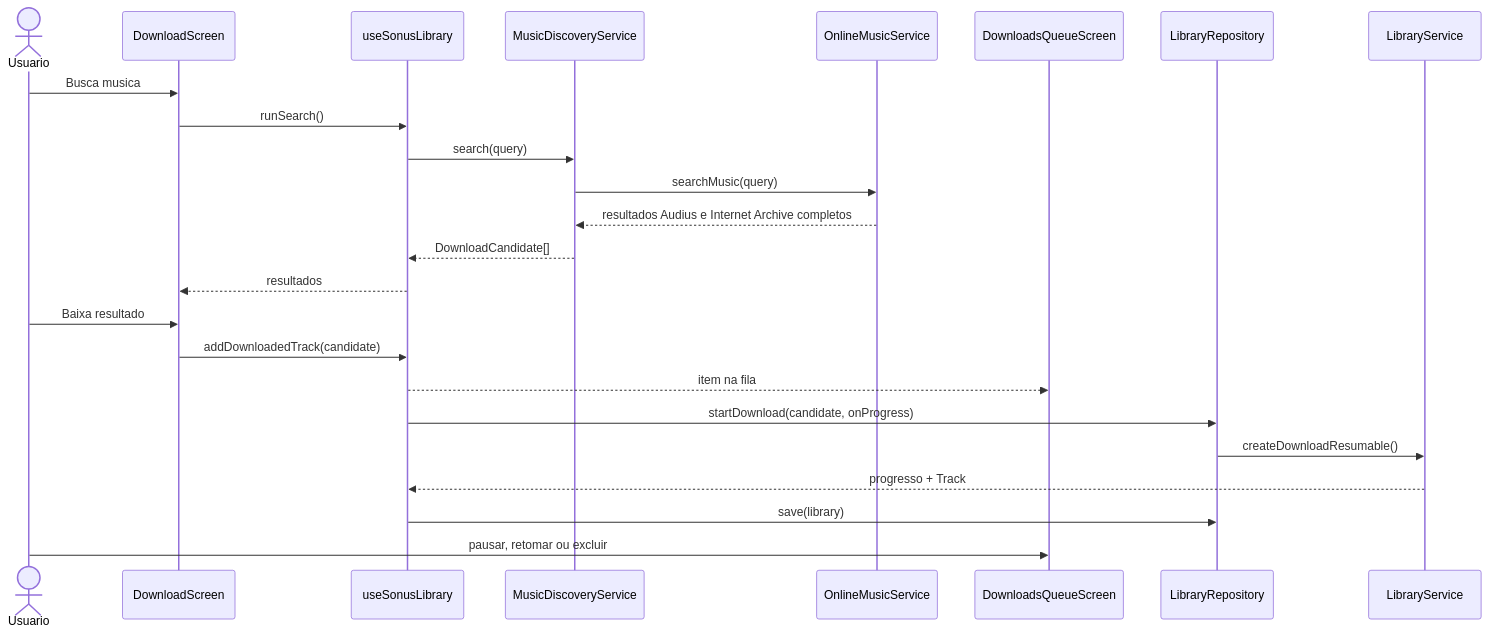
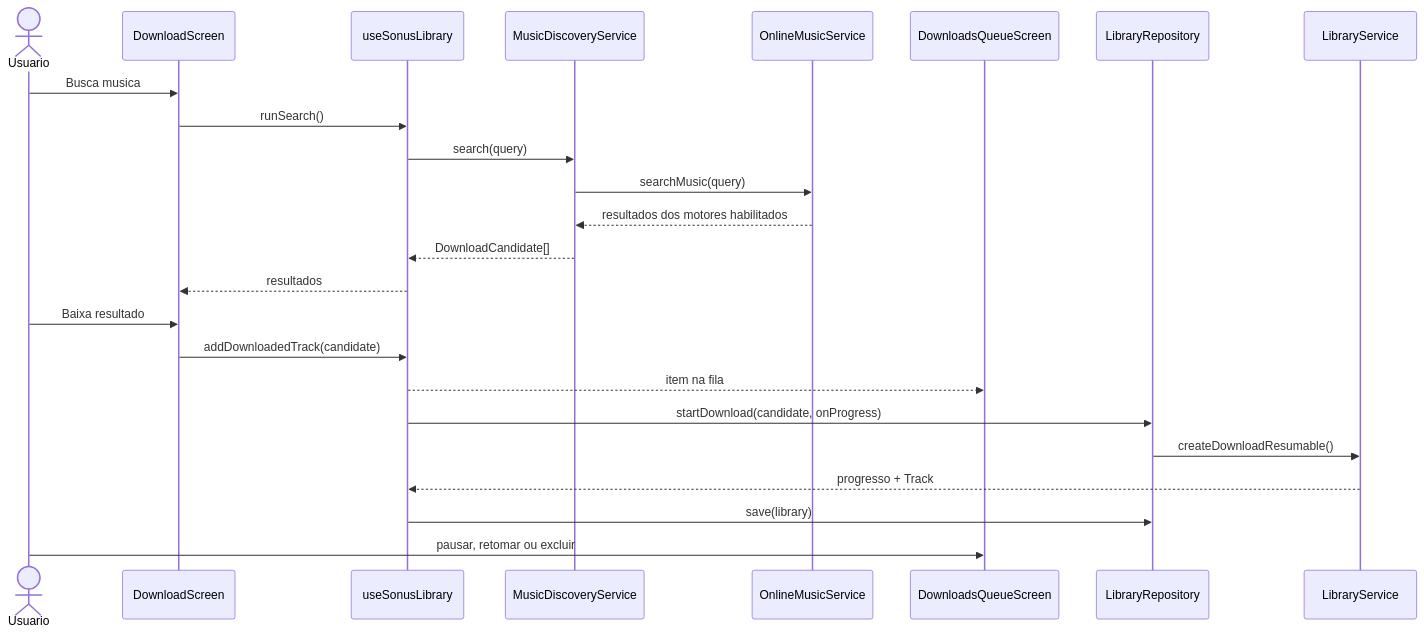
Before and after one commit to ricardosb25/Sonus: the second of 6 diagrams in docs/DIAGRAMS.md, drawn with Mermaid. The commit also changed 20 other files, not shown here.

````diff
--- a/docs/DIAGRAMS.md
+++ b/docs/DIAGRAMS.md
@@ -23,27 +23,27 @@
 ```mermaid
 sequenceDiagram
   actor User as Usuario
   participant Screen as DownloadScreen
   participant Hook as useSonusLibrary
   participant Discovery as MusicDiscoveryService
   participant Online as OnlineMusicService
   participant Queue as DownloadsQueueScreen
   participant Repo as LibraryRepository
   participant Storage as LibraryService
 
   User->>Screen: Busca musica
   Screen->>Hook: runSearch()
   Hook->>Discovery: search(query)
   Discovery->>Online: searchMusic(query)
-  Online-->>Discovery: resultados Audius e Internet Archive completos
+  Online-->>Discovery: resultados dos motores habilitados
   Discovery-->>Hook: DownloadCandidate[]
   Hook-->>Screen: resultados
   User->>Screen: Baixa resultado
   Screen->>Hook: addDownloadedTrack(candidate)
   Hook-->>Queue: item na fila
   Hook->>Repo: startDownload(candidate, onProgress)
   Repo->>Storage: createDownloadResumable()
   Storage-->>Hook: progresso + Track
   Hook->>Repo: save(library)
   User->>Queue: pausar, retomar ou excluir
 ```
````
